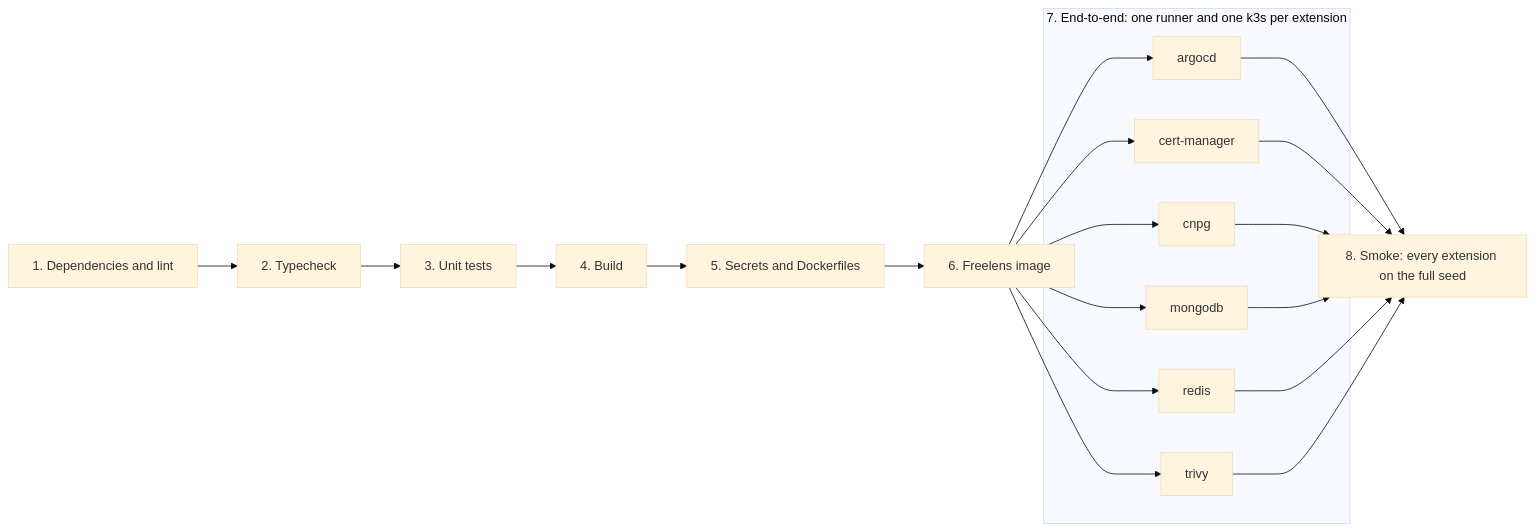
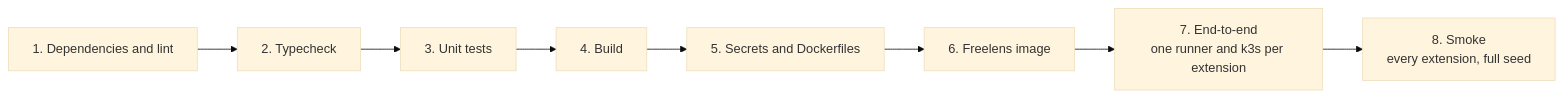
One commit to DiegoBulhoes/freelens-addons changed the third of 3 diagrams in docs/testing.md. Above: the diagram before and after it, drawn with Mermaid (base theme). The commit also changed other lines of this file and 6 other files, not shown here.

First line of the commit message:
docs: shorter pages, one place per topic

````diff
--- a/docs/testing.md
+++ b/docs/testing.md
@@ -159,15 +140,7 @@
 ```mermaid
 flowchart LR
   L["1. Dependencies and lint"] --> T["2. Typecheck"] --> U["3. Unit tests"] --> B["4. Build"]
   B --> S["5. Secrets and Dockerfiles"] --> I["6. Freelens image"]
-  subgraph E["7. End-to-end: one runner and one k3s per extension"]
-    A["argocd"]
-    C["cert-manager"]
-    N["cnpg"]
-    M["mongodb"]
-    R["redis"]
-    V["trivy"]
-  end
-  I --> A & C & N & M & R & V
-  A & C & N & M & R & V --> X["8. Smoke: every extension on the full seed"]
+  I --> E["7. End-to-end<br/>one runner and k3s per extension"]
+  E --> X["8. Smoke<br/>every extension, full seed"]
 ```
````
